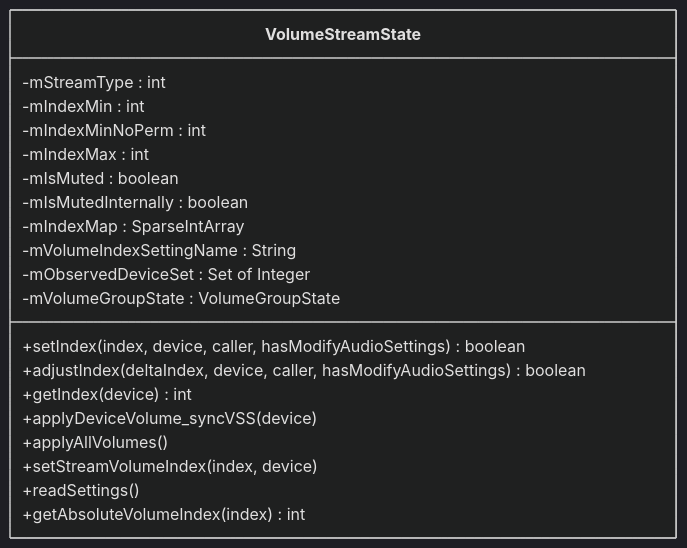
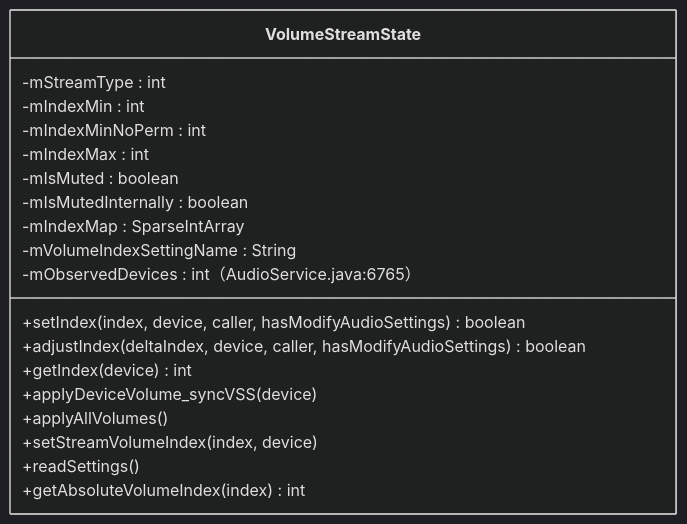
Before and after one commit to yanglinzhen1022/SA8295_AAOS_QNX_Audio_KnowledgeBase: the second of 6 diagrams in 13_Volume_Device_Deep_Dive/13_13.1_Volume状态机.md, drawn with Mermaid (dark theme). The commit also changed other lines of this file and 4 other files, not shown here.

````diff
--- a/13_Volume_Device_Deep_Dive/13_13.1_Volume状态机.md
+++ b/13_Volume_Device_Deep_Dive/13_13.1_Volume状态机.md
@@ -158,23 +158,22 @@
 ```mermaid
 classDiagram
     class VolumeStreamState {
         -mStreamType : int
         -mIndexMin : int
         -mIndexMinNoPerm : int
         -mIndexMax : int
         -mIsMuted : boolean
         -mIsMutedInternally : boolean
         -mIndexMap : SparseIntArray
         -mVolumeIndexSettingName : String
-        -mObservedDeviceSet : Set of Integer
-        -mVolumeGroupState : VolumeGroupState
+        -mObservedDevices : int（AudioService.java:6765）
         +setIndex(index, device, caller, hasModifyAudioSettings) boolean
         +adjustIndex(deltaIndex, device, caller, hasModifyAudioSettings) boolean
         +getIndex(device) int
         +applyDeviceVolume_syncVSS(device)
         +applyAllVolumes()
         +setStreamVolumeIndex(index, device)
         +readSettings()
         +getAbsoluteVolumeIndex(index) int
     }
 ```
````
